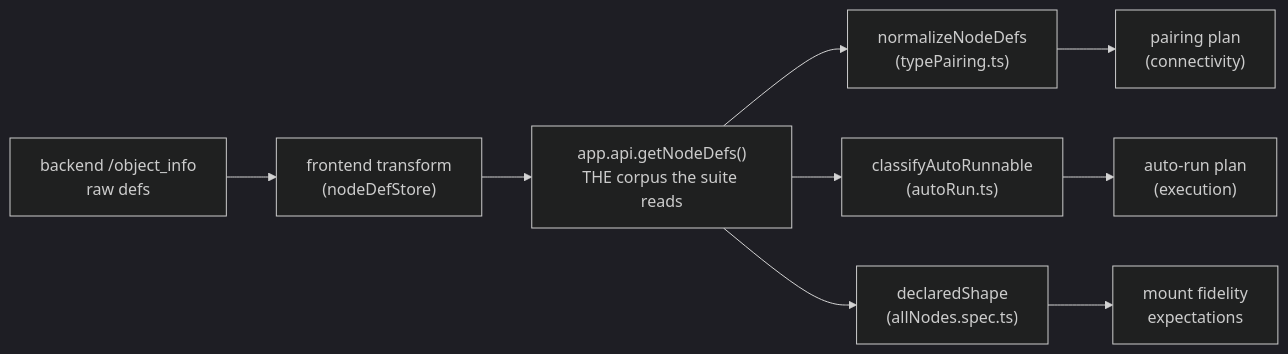
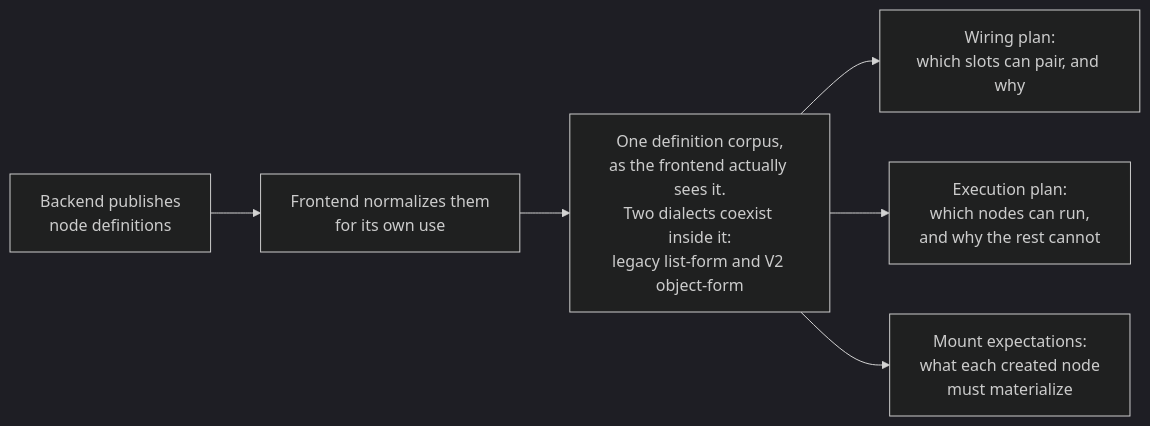
One commit to Comfy-Org/ComfyUI_frontend changed the third of 8 diagrams in browser_tests/tests/customNodes/ARCHITECTURE.md. Above: the diagram before and after it, drawn with Mermaid (dark theme). The commit also changed other lines of this file and 1 other file, not shown here.

First line of the commit message:
docs(custom-nodes): ARCHITECTURE.md - C4-style views, design decisions, gotchas reference

````diff
--- a/browser_tests/tests/customNodes/ARCHITECTURE.md
+++ b/browser_tests/tests/customNodes/ARCHITECTURE.md
@@ -81,11 +202,8 @@
 ```mermaid
 flowchart LR
-    RAW["backend /object_info<br/>raw defs"] --> XFORM["frontend transform<br/>(nodeDefStore)"]
-    XFORM --> DEFS["app.api.getNodeDefs()<br/>THE corpus the suite reads"]
-    DEFS --> NORM["normalizeNodeDefs<br/>(typePairing.ts)"]
-    DEFS --> CLS["classifyAutoRunnable<br/>(autoRun.ts)"]
-    DEFS --> SHAPE["declaredShape<br/>(allNodes.spec.ts)"]
-    NORM --> PLAN1["pairing plan<br/>(connectivity)"]
-    CLS --> PLAN2["auto-run plan<br/>(execution)"]
-    SHAPE --> FID["mount fidelity<br/>expectations"]
+    PUB["Backend publishes<br/>node definitions"] --> XF["Frontend normalizes them<br/>for its own use"]
+    XF --> CORPUS["One definition corpus,<br/>as the frontend actually sees it.<br/>Two dialects coexist inside it:<br/>legacy list-form and V2 object-form"]
+    CORPUS --> W["Wiring plan:<br/>which slots can pair, and why"]
+    CORPUS --> X["Execution plan:<br/>which nodes can run,<br/>and why the rest cannot"]
+    CORPUS --> M["Mount expectations:<br/>what each created node<br/>must materialize"]
 ```
````
